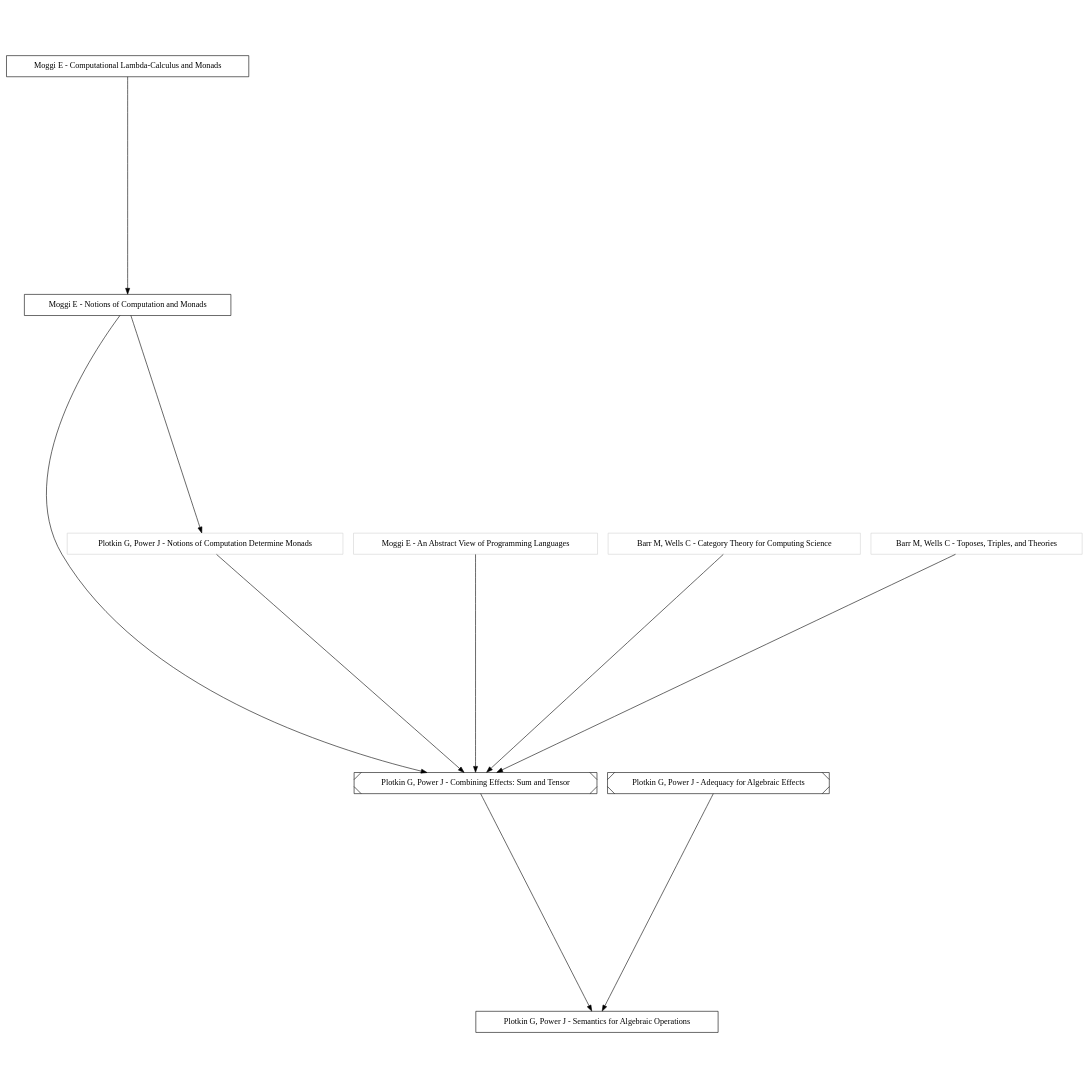
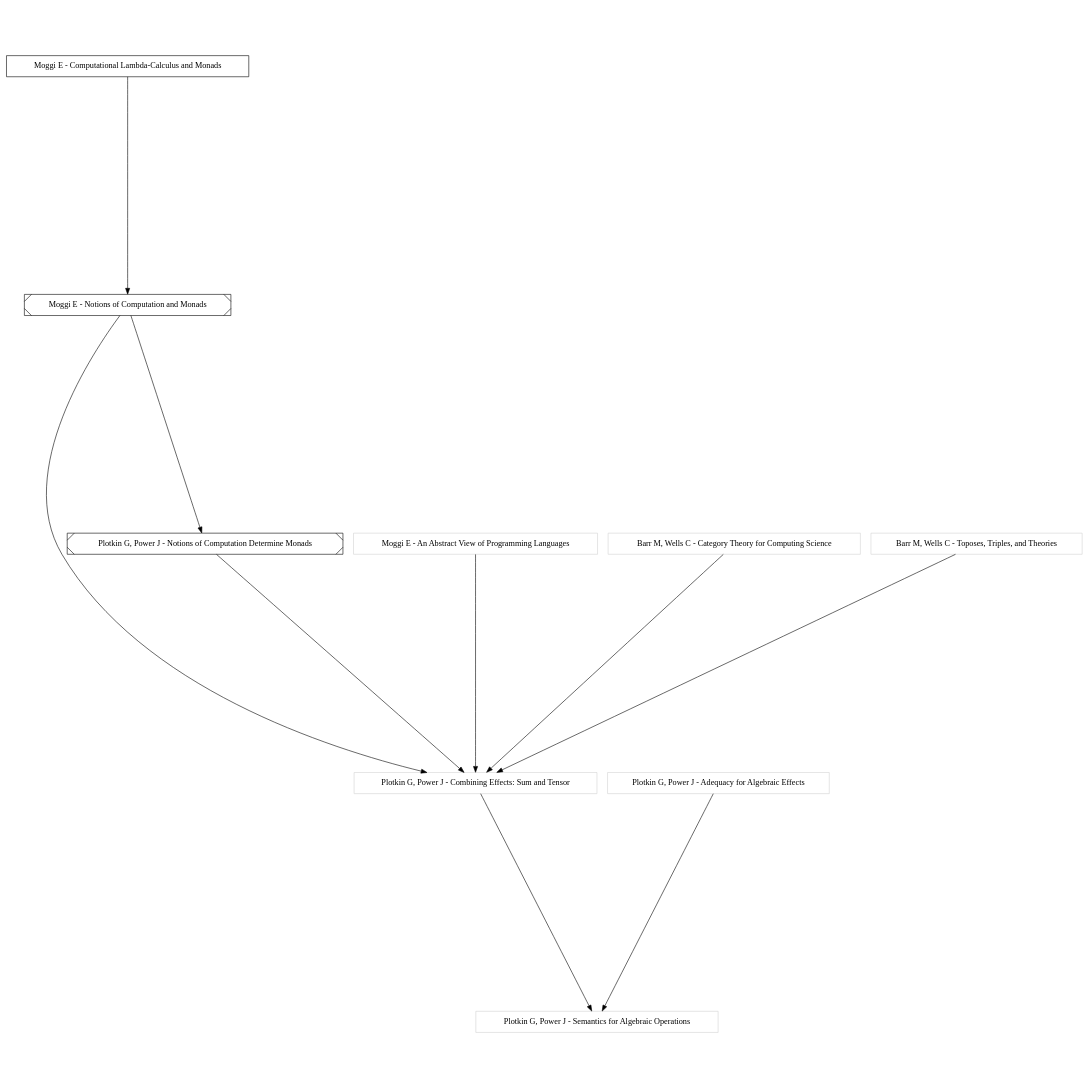
The diagram in research/papers/graph/papers.dot (Riib11/Reed-Thesis), drawn with Graphviz before and after one commit. The commit also changed 41 other files, not shown here.

```diff
--- a/research/papers/graph/papers.dot
+++ b/research/papers/graph/papers.dot
@@ -1,31 +1,31 @@
 digraph G {
 graph[ratio=1]
 node[shape=box, fillcolor=white, color=lightgrey]
 
 "ME-CLC" [label="Moggi E - Computational Lambda-Calculus and Monads", color=black, style=solid]
 "ME-CLC" -> { "ME-NOC" }
 
-"ME-NOC" [label="Moggi E - Notions of Computation and Monads", color=black, style=solid]
+"ME-NOC" [label="Moggi E - Notions of Computation and Monads", color=black, style=diagonals]
 "ME-NOC" -> { "PG,PJ-CES" "PG,PJ-NOC" }
 
-"PG,PJ-NOC" [label="Plotkin G, Power J - Notions of Computation Determine Monads"]
+"PG,PJ-NOC" [label="Plotkin G, Power J - Notions of Computation Determine Monads", color=black, style=diagonals]
 "PG,PJ-NOC" -> { "PG,PJ-CES" }
 
 "ME-AAV" [label="Moggi E - An Abstract View of Programming Languages"]
 "ME-AAV" -> { "PG,PJ-CES" }
 
 "BM,WC-CTF" [label="Barr M, Wells C - Category Theory for Computing Science"]
 "BM,WC-CTF" -> { "PG,PJ-CES" }
 
 "BM,WC-TTT" [label="Barr M, Wells C - Toposes, Triples, and Theories"]
 "BM,WC-TTT" -> { "PG,PJ-CES" }
 
-"PG,PJ-CES" [label="Plotkin G, Power J - Combining Effects: Sum and Tensor", color=black, style=diagonals]
+"PG,PJ-CES" [label="Plotkin G, Power J - Combining Effects: Sum and Tensor"]
 "PG,PJ-CES" -> { "PG,PJ-SFA" }
 
-"PG,PJ-AFA" [label="Plotkin G, Power J - Adequacy for Algebraic Effects", color=black, style=diagonals]
+"PG,PJ-AFA" [label="Plotkin G, Power J - Adequacy for Algebraic Effects"]
 "PG,PJ-AFA" -> { "PG,PJ-SFA" }
 
-"PG,PJ-SFA" [label="Plotkin G, Power J - Semantics for Algebraic Operations", color=black, style=solid]
+"PG,PJ-SFA" [label="Plotkin G, Power J - Semantics for Algebraic Operations"]
 "PG,PJ-SFA" -> {  }
 }
```
